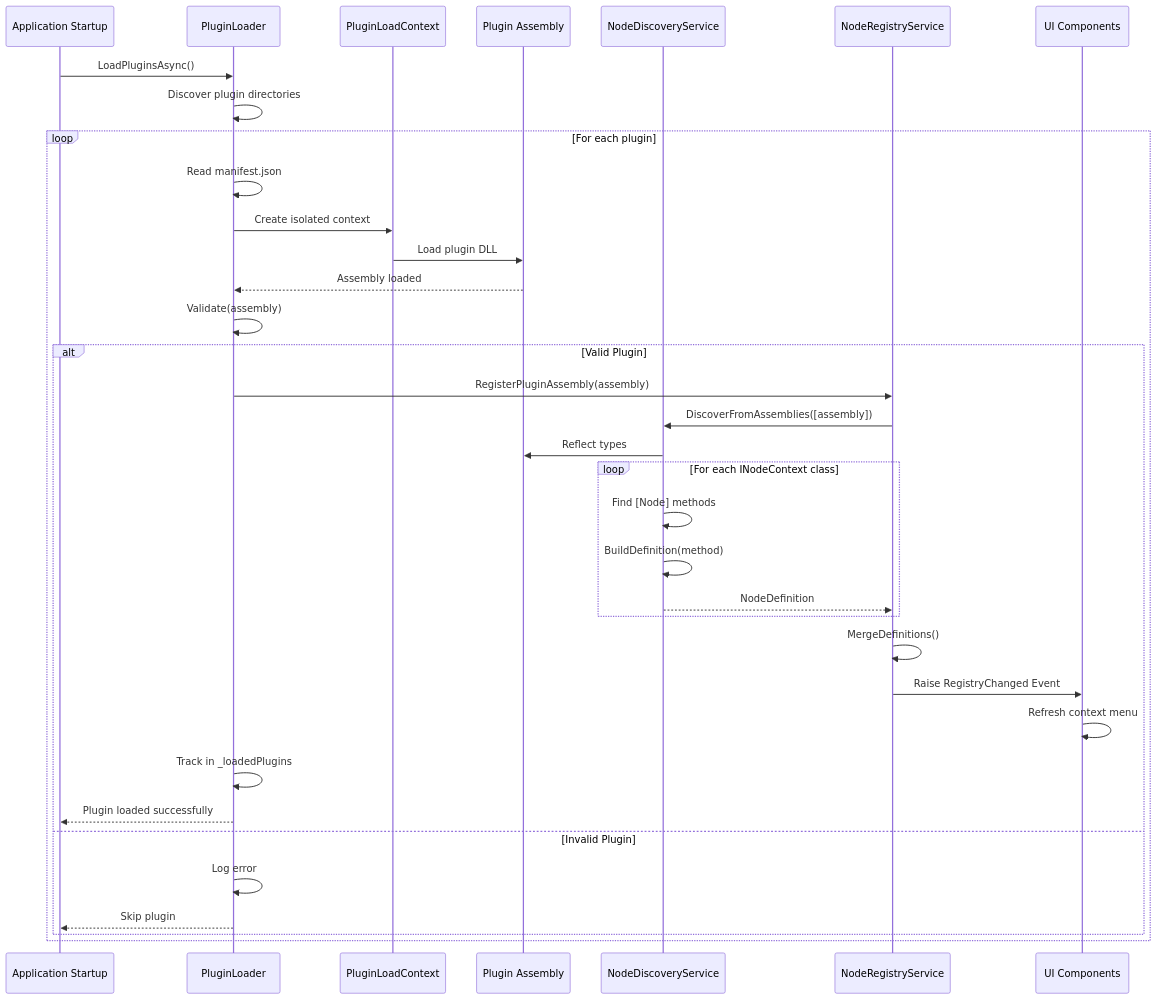
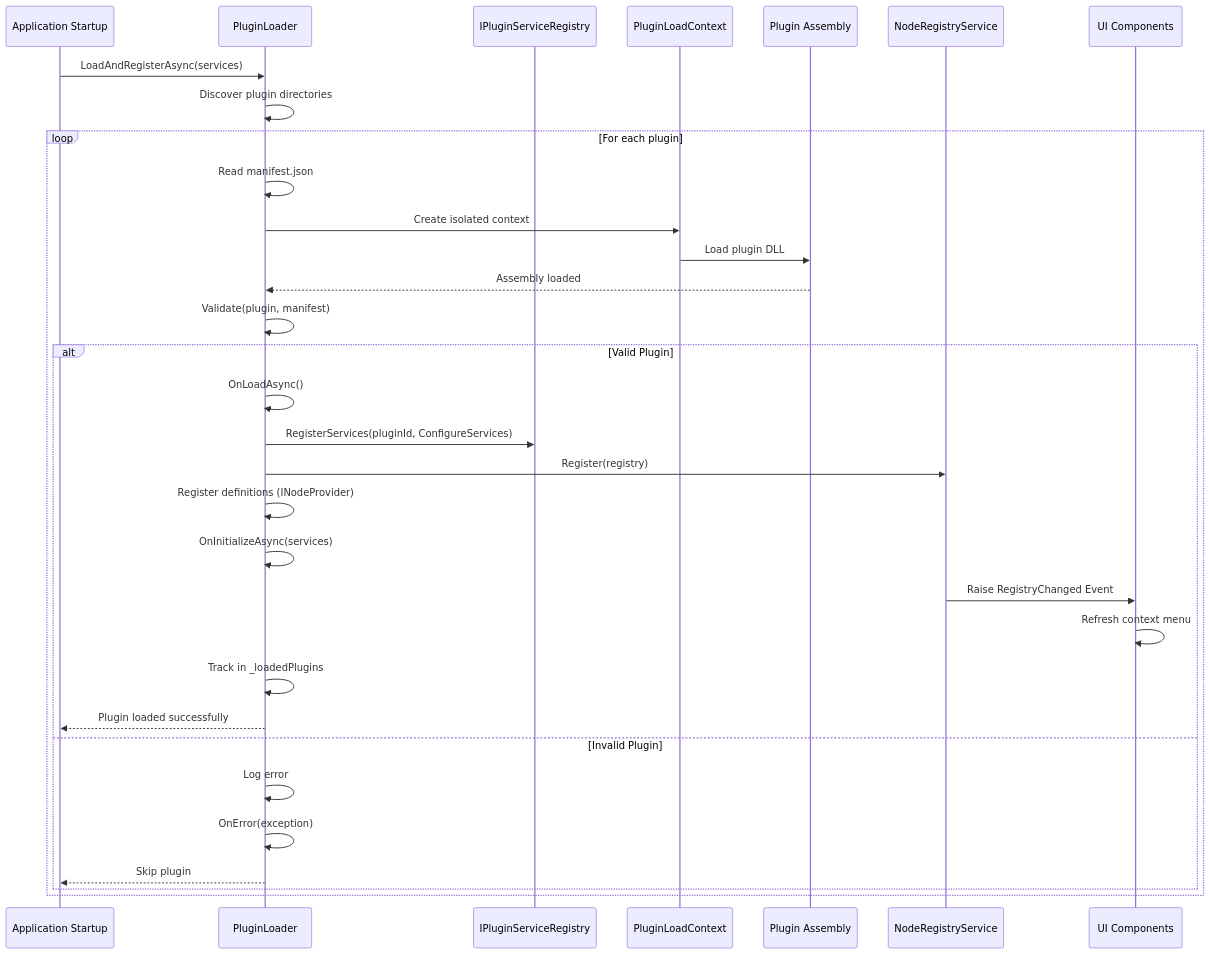
Before and after one commit to Johnny2x2/NodeEditor.Net: diagram 11 of 19 in NodeEditor.Blazor/docs/WiringAndEventFlow.md, drawn with Mermaid. The commit also changed other lines of this file and 7 other files, not shown here.

````diff
--- a/NodeEditor.Blazor/docs/WiringAndEventFlow.md
+++ b/NodeEditor.Blazor/docs/WiringAndEventFlow.md
@@ -552,44 +568,39 @@
 ```mermaid
 sequenceDiagram
     participant App as Application Startup
     participant Loader as PluginLoader
+    participant PSR as IPluginServiceRegistry
     participant LoadCtx as PluginLoadContext
     participant Assembly as Plugin Assembly
-    participant Discovery as NodeDiscoveryService
     participant Registry as NodeRegistryService
     participant UI as UI Components
     
-    App->>Loader: LoadPluginsAsync()
+    App->>Loader: LoadAndRegisterAsync(services)
     Loader->>Loader: Discover plugin directories
     
     loop For each plugin
         Loader->>Loader: Read manifest.json
         Loader->>LoadCtx: Create isolated context
         LoadCtx->>Assembly: Load plugin DLL
         Assembly-->>Loader: Assembly loaded
         
-        Loader->>Loader: Validate(assembly)
+        Loader->>Loader: Validate(plugin, manifest)
         
         alt Valid Plugin
-            Loader->>Registry: RegisterPluginAssembly(assembly)
-            Registry->>Discovery: DiscoverFromAssemblies([assembly])
-            
-            Discovery->>Assembly: Reflect types
-            loop For each INodeContext class
-                Discovery->>Discovery: Find [Node] methods
-                Discovery->>Discovery: BuildDefinition(method)
-                Discovery-->>Registry: NodeDefinition
-            end
-            
-            Registry->>Registry: MergeDefinitions()
+            Loader->>Loader: OnLoadAsync()
+            Loader->>PSR: RegisterServices(pluginId, ConfigureServices)
+            Loader->>Registry: Register(registry)
+            Loader->>Loader: Register definitions (INodeProvider)
+            Loader->>Loader: OnInitializeAsync(services)
             Registry->>UI: Raise RegistryChanged Event
             UI->>UI: Refresh context menu
             
             Loader->>Loader: Track in _loadedPlugins
             Loader-->>App: Plugin loaded successfully
         else Invalid Plugin
             Loader->>Loader: Log error
+            Loader->>Loader: OnError(exception)
             Loader-->>App: Skip plugin
         end
     end
 ```
````
